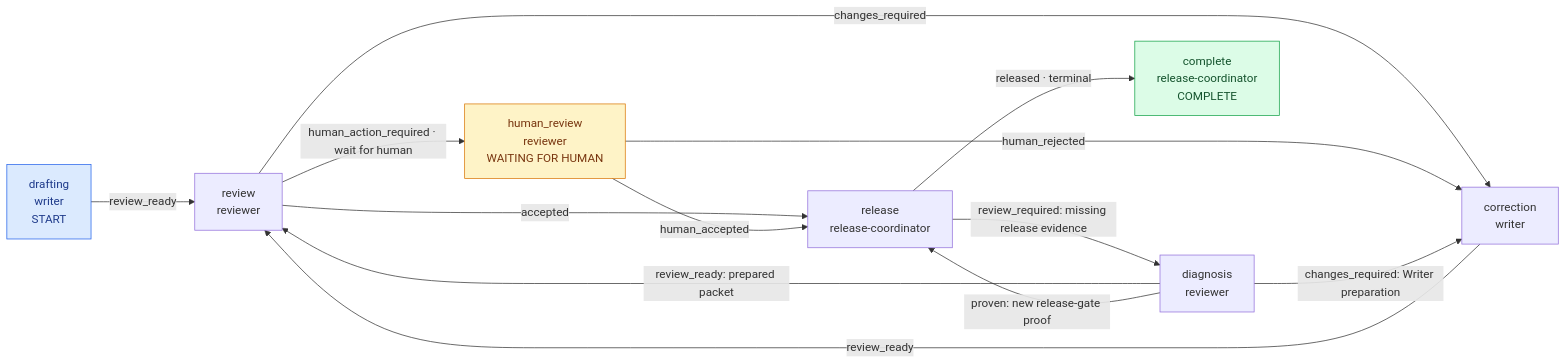
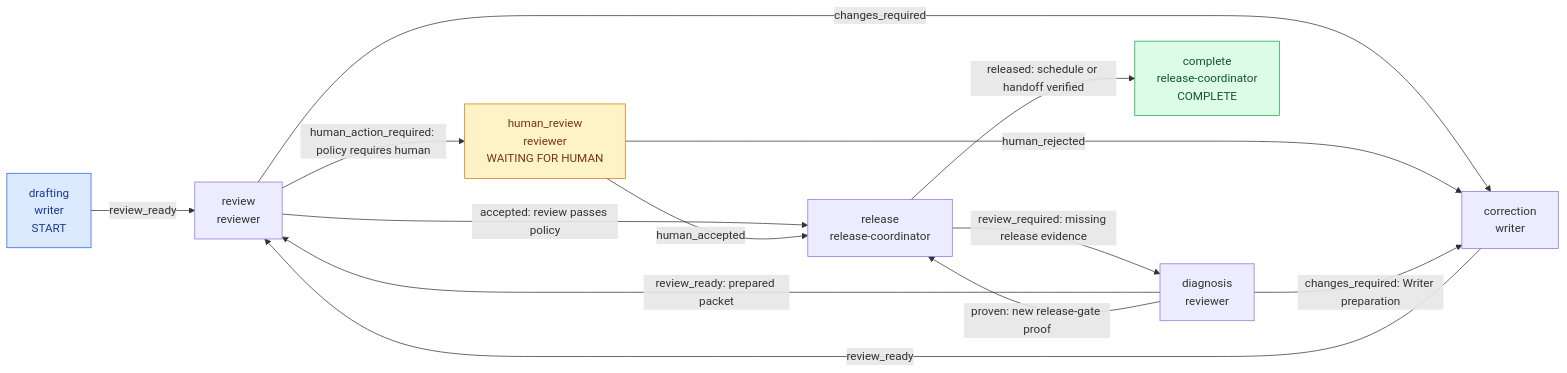
One commit to starodubtsevconsulting/ai-fleas changed the diagram in ai-workflows/writing/writing.workflow-map.mmd. Above: the diagram before and after it, drawn with Mermaid. The commit also changed 18 other files, not shown here.

Commit message:
Schedule reviewed Writing drafts under profile policy

```diff
--- a/ai-workflows/writing/writing.workflow-map.mmd
+++ b/ai-workflows/writing/writing.workflow-map.mmd
@@ -1,26 +1,26 @@
 flowchart LR
     drafting["drafting<br/>writer<br/>START"]
     review["review<br/>reviewer"]
     human_review["human_review<br/>reviewer<br/>WAITING FOR HUMAN"]
     correction["correction<br/>writer"]
     release["release<br/>release-coordinator"]
     diagnosis["diagnosis<br/>reviewer"]
     complete["complete<br/>release-coordinator<br/>COMPLETE"]
     drafting -->|review_ready| review
-    review -->|accepted| release
+    review -->|accepted: review passes policy| release
     review -->|changes_required| correction
-    review -->|human_action_required · wait for human| human_review
+    review -->|human_action_required: policy requires human| human_review
     human_review -->|human_accepted| release
     human_review -->|human_rejected| correction
     correction -->|review_ready| review
-    release -->|released · terminal| complete
+    release -->|released: schedule or handoff verified| complete
     release -->|review_required: missing release evidence| diagnosis
     diagnosis -->|review_ready: prepared packet| review
     diagnosis -->|changes_required: Writer preparation| correction
     diagnosis -->|proven: new release-gate proof| release
     classDef start fill:#dbeafe,stroke:#2563eb,color:#1e3a8a
     classDef waiting fill:#fef3c7,stroke:#d97706,color:#78350f
     classDef done fill:#dcfce7,stroke:#16a34a,color:#14532d
     class drafting start
     class human_review waiting
     class complete done
```
